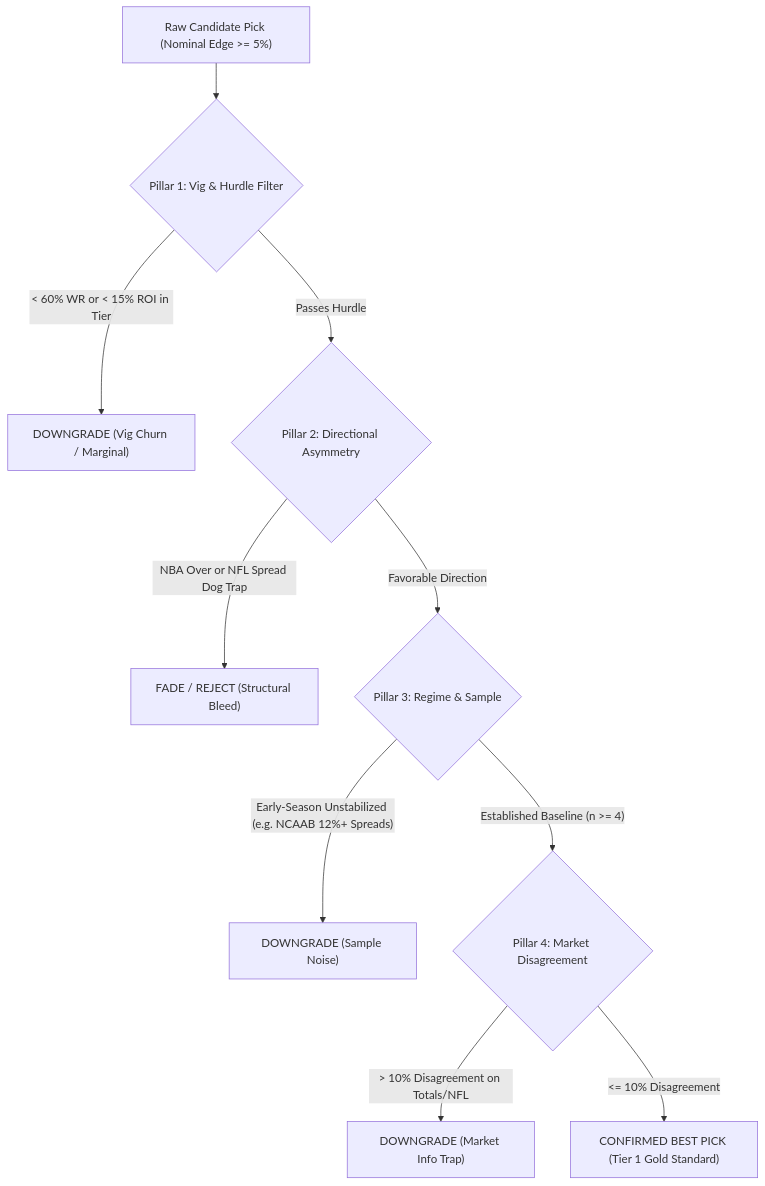
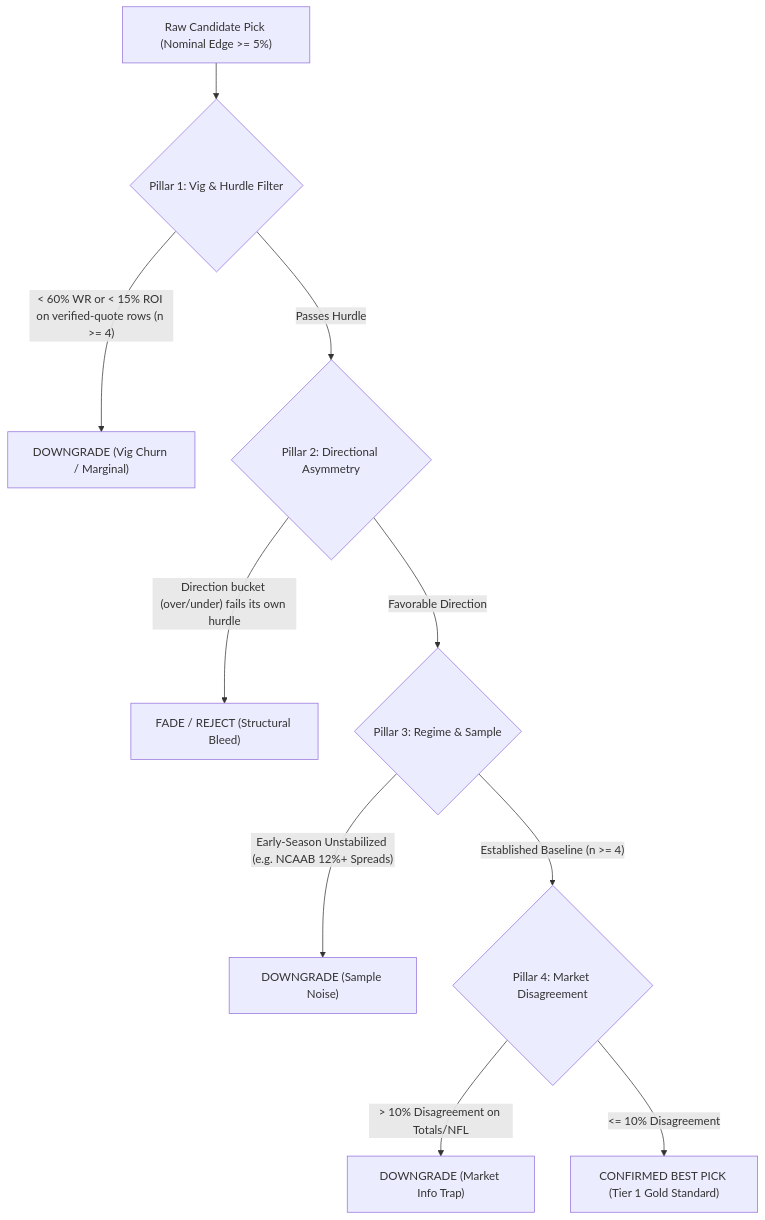
The diagram in docs/BEST_PICKS_AUDIT_FRAMEWORK.md (Vc9002/model-prediction), drawn with Mermaid before and after one commit. The commit also changed other lines of this file, not shown here.

First line of the commit message:
docs(261111-w1m-03): align best-picks framework with live verified-quote audit

````diff
--- a/docs/BEST_PICKS_AUDIT_FRAMEWORK.md
+++ b/docs/BEST_PICKS_AUDIT_FRAMEWORK.md
@@ -36,12 +33,12 @@
 ```mermaid
 flowchart TD
     A["Raw Candidate Pick (Nominal Edge >= 5%)"] --> B{"Pillar 1: Vig & Hurdle Filter"}
-    B -- "< 60% WR or < 15% ROI in Tier" --> X["DOWNGRADE (Vig Churn / Marginal)"]
+    B -- "< 60% WR or < 15% ROI on verified-quote rows (n >= 4)" --> X["DOWNGRADE (Vig Churn / Marginal)"]
     B -- "Passes Hurdle" --> C{"Pillar 2: Directional Asymmetry"}
-    C -- "NBA Over or NFL Spread Dog Trap" --> Y["FADE / REJECT (Structural Bleed)"]
+    C -- "Direction bucket (over/under) fails its own hurdle" --> Y["FADE / REJECT (Structural Bleed)"]
     C -- "Favorable Direction" --> D{"Pillar 3: Regime & Sample"}
     D -- "Early-Season Unstabilized (e.g. NCAAB 12%+ Spreads)" --> Z["DOWNGRADE (Sample Noise)"]
     D -- "Established Baseline (n >= 4)" --> E{"Pillar 4: Market Disagreement"}
     E -- "> 10% Disagreement on Totals/NFL" --> W["DOWNGRADE (Market Info Trap)"]
     E -- "<= 10% Disagreement" --> F["CONFIRMED BEST PICK (Tier 1 Gold Standard)"]
 ```
````
